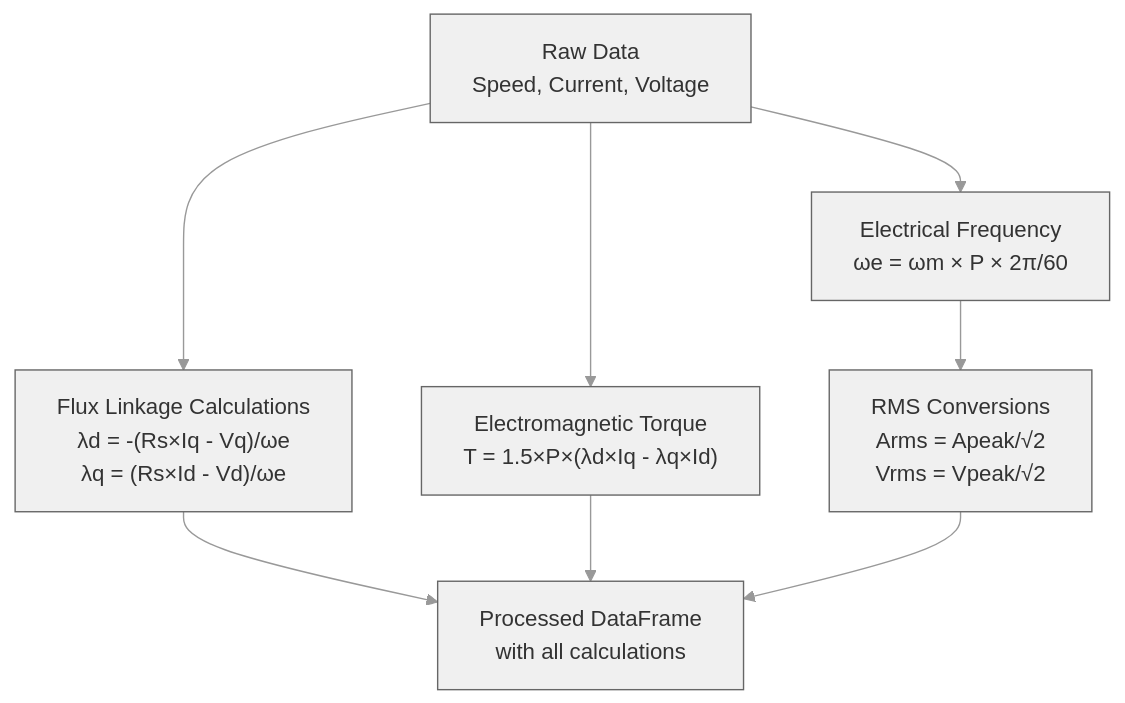
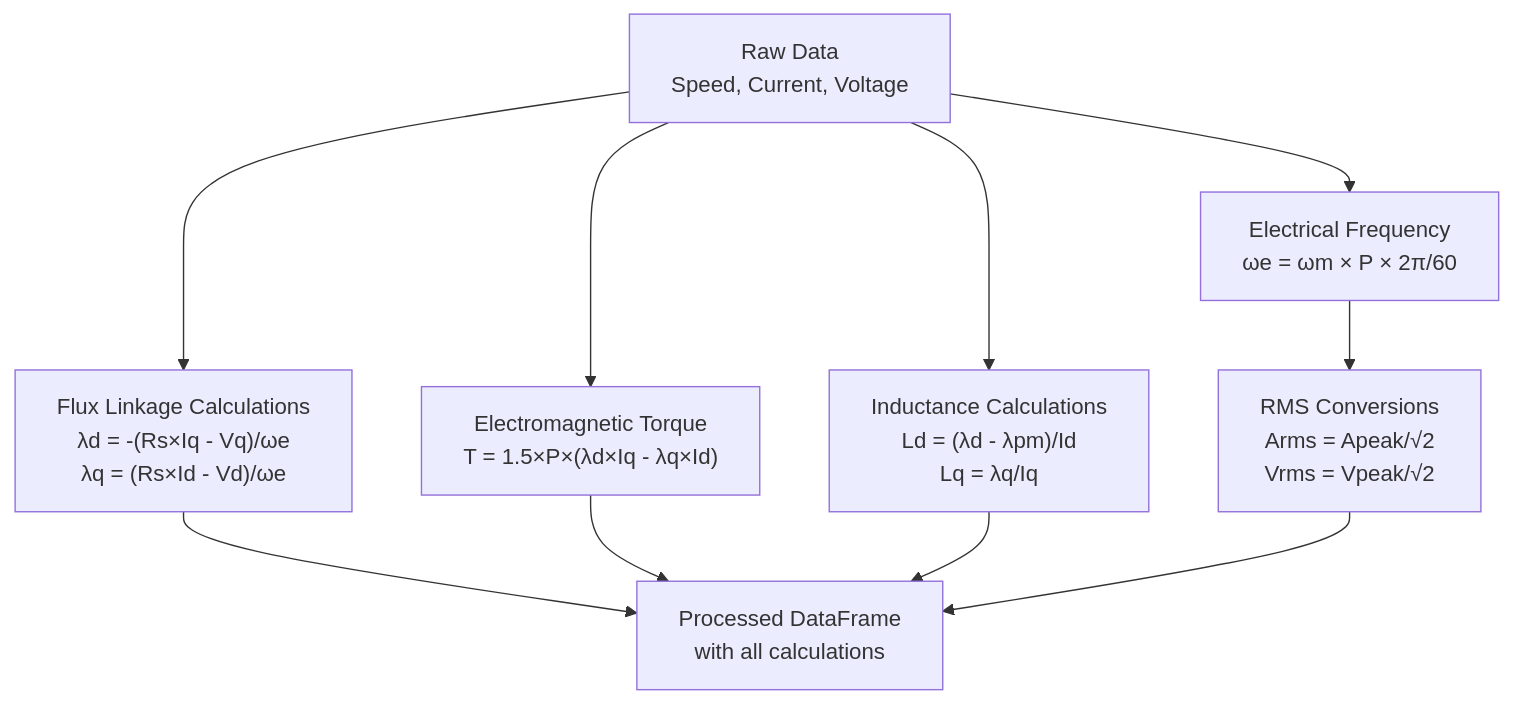
Before and after one commit to seanbf/tableGen: the third of 3 diagrams in docs/README.md, drawn with Mermaid. The commit also changed other lines of this file, not shown here.

Commit message:
docs: update README.md with refactored structure, new inductance features, and corrected configuration example

````diff
--- a/docs/README.md
+++ b/docs/README.md
@@ -93,12 +95,13 @@
 ```mermaid
-%%{init: {'theme':'base', 'themeVariables': { 'primaryColor':'#f0f0f0', 'primaryTextColor':'#333', 'primaryBorderColor':'#666', 'lineColor':'#999', 'secondBkgColor':'#e8e8e8', 'tertiaryColor':'#fff'}}}%%
 graph TD
     RAW["Raw Data<br/>Speed, Current, Voltage"] --> FREQ["Electrical Frequency<br/>ωe = ωm × P × 2π/60"]
     RAW --> FLUX["Flux Linkage Calculations<br/>λd = -(Rs×Iq - Vq)/ωe<br/>λq = (Rs×Id - Vd)/ωe"]
     RAW --> TRQ["Electromagnetic Torque<br/>T = 1.5×P×(λd×Iq - λq×Id)"]
+    RAW --> IND["Inductance Calculations<br/>Ld = (λd - λpm)/Id<br/>Lq = λq/Iq"]
     FREQ --> RMS["RMS Conversions<br/>Arms = Apeak/√2<br/>Vrms = Vpeak/√2"]
     
     FLUX --> OUT["Processed DataFrame<br/>with all calculations"]
     TRQ --> OUT
+    IND --> OUT
     RMS --> OUT
 ```
````
